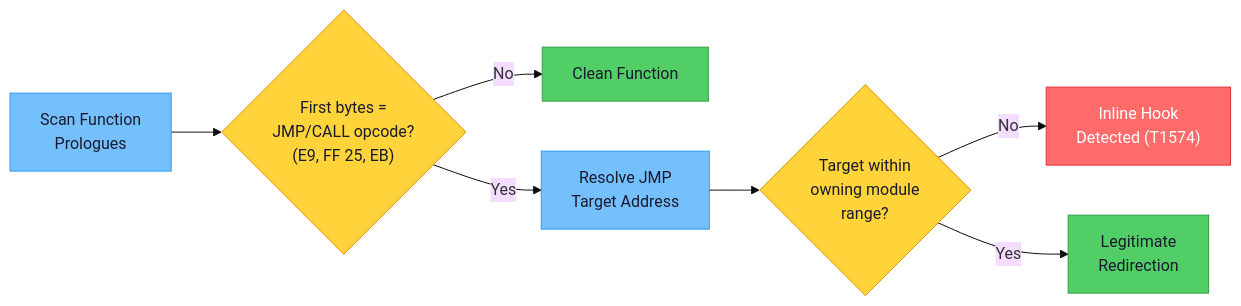
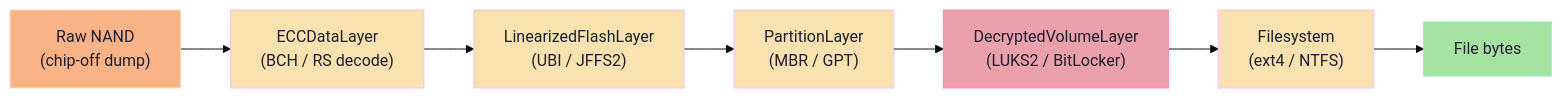
One commit to sonoransun/deepview changed the second of 3 diagrams in README.md. Above: the diagram before and after it, drawn with Mermaid (base theme). The commit also changed other lines of this file and 394 other files, not shown here.

````diff
--- a/README.md
+++ b/README.md
@@ -1183,21 +222,17 @@
 ```mermaid
-flowchart LR
-    SCAN["Scan Function<br/>Prologues"]:::analysis
-    CHECK{"First bytes =<br/>JMP/CALL opcode?<br/>(E9, FF 25, EB)"}:::decision
-    SAFE["Clean Function"]:::clean
-    TARGET["Resolve JMP<br/>Target Address"]:::analysis
-    MOD{"Target within<br/>owning module<br/>range?"}:::decision
-    HOOK["Inline Hook<br/>Detected (T1574)"]:::threat
-    LEGIT["Legitimate<br/>Redirection"]:::clean
+graph LR
+    RAW["Raw NAND<br/>(chip-off dump)"]:::source
+    ECC["ECCDataLayer<br/>(BCH / RS decode)"]:::storage
+    FTL["LinearizedFlashLayer<br/>(UBI / JFFS2)"]:::storage
+    PART["PartitionLayer<br/>(MBR / GPT)"]:::storage
+    DEC["DecryptedVolumeLayer<br/>(LUKS2 / BitLocker)"]:::container
+    FS["Filesystem<br/>(ext4 / NTFS)"]:::storage
+    FILE["File bytes"]:::report
 
-    SCAN --> CHECK
-    CHECK -->|No| SAFE
-    CHECK -->|Yes| TARGET --> MOD
-    MOD -->|No| HOOK
-    MOD -->|Yes| LEGIT
+    RAW --> ECC --> FTL --> PART --> DEC --> FS --> FILE
 
-    classDef analysis fill:#74c0fc,stroke:#339af0,color:#1a1a2e
-    classDef decision fill:#ffd43b,stroke:#f08c00,color:#1a1a2e
-    classDef clean fill:#51cf66,stroke:#2f9e44,color:#1a1a2e
-    classDef threat fill:#ff6b6b,stroke:#e03131,color:#fff
+    classDef source fill:#fab387,stroke:#f9e2af,color:#1e1e2e
+    classDef storage fill:#f9e2af,stroke:#f5c2e7,color:#1e1e2e
+    classDef container fill:#eba0ac,stroke:#f38ba8,color:#1e1e2e
+    classDef report fill:#a6e3a1,stroke:#94e2d5,color:#1e1e2e
 ```
````
